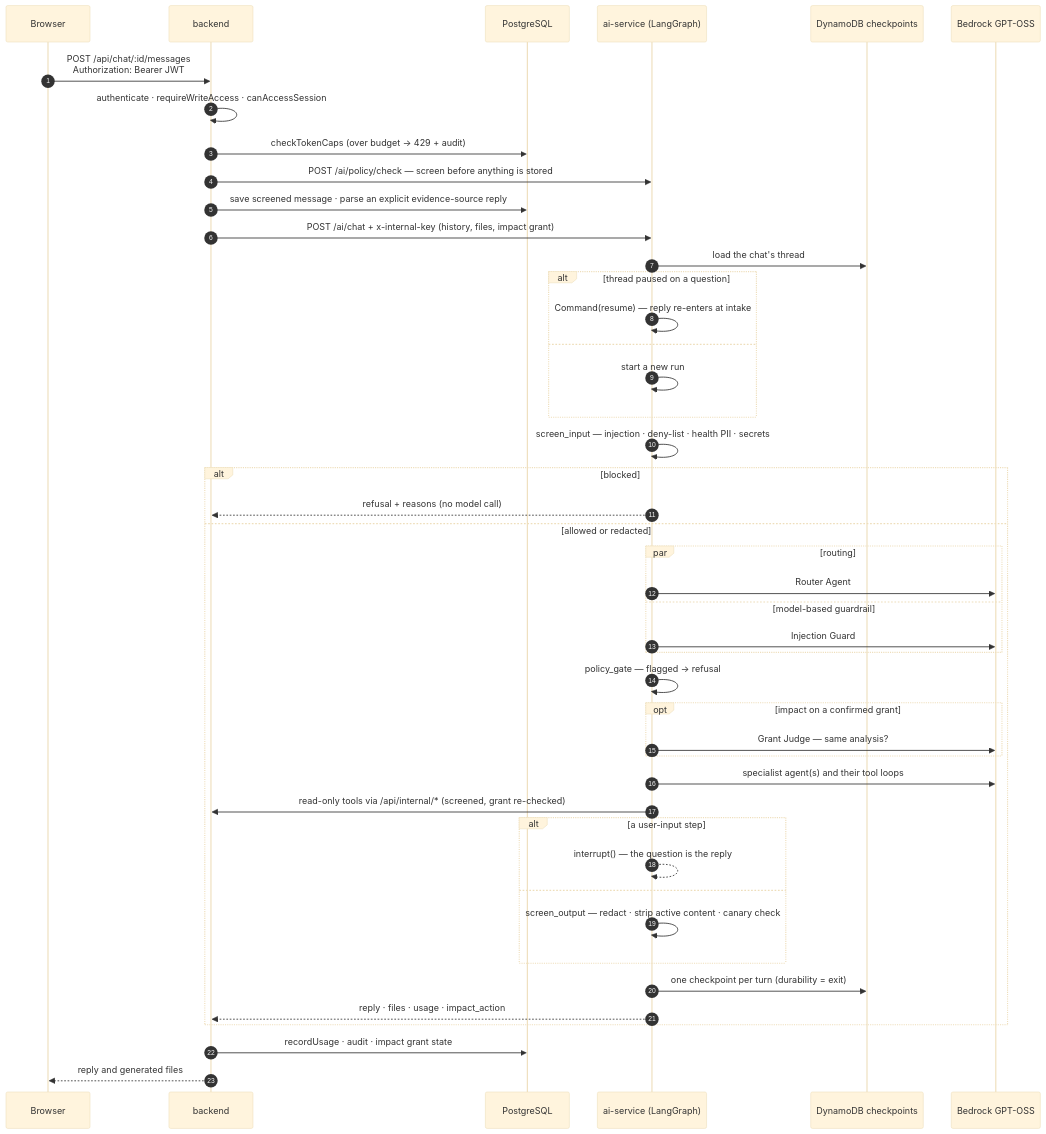
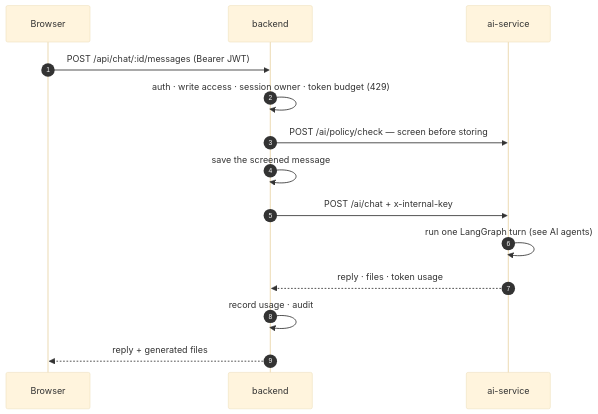
One commit to shankasf/small_migration changed the second of 9 diagrams in README.md. Above: the diagram before and after it, drawn with Mermaid (base theme). The commit also changed other lines of this file, not shown here.

First line of the commit message:
Replace README flowcharts with simpler ones and a complete LangGraph flow [skip ci]

````diff
--- a/README.md
+++ b/README.md
@@ -173,48 +132,16 @@
 ```mermaid
 sequenceDiagram
     autonumber
     participant U as Browser
     participant B as backend
-    participant D as PostgreSQL
-    participant A as ai-service (LangGraph)
-    participant K as DynamoDB checkpoints
-    participant M as Bedrock GPT-OSS
-
-    U->>B: POST /api/chat/:id/messages<br/>Authorization: Bearer JWT
-    B->>B: authenticate · requireWriteAccess · canAccessSession
-    B->>D: checkTokenCaps (over budget → 429 + audit)
-    B->>A: POST /ai/policy/check — screen before anything is stored
-    B->>D: save screened message · parse an explicit evidence-source reply
-    B->>A: POST /ai/chat + x-internal-key (history, files, impact grant)
-    A->>K: load the chat's thread
-    alt thread paused on a question
-        A->>A: Command(resume) — reply re-enters at intake
-    else
-        A->>A: start a new run
-    end
-    A->>A: screen_input — injection · deny-list · health PII · secrets
-    alt blocked
-        A-->>B: refusal + reasons (no model call)
-    else allowed or redacted
-        par routing
-            A->>M: Router Agent
-        and model-based guardrail
-            A->>M: Injection Guard
-        end
-        A->>A: policy_gate — flagged → refusal
-        opt impact on a confirmed grant
-            A->>M: Grant Judge — same analysis?
-        end
-        A->>M: specialist agent(s) and their tool loops
-        A->>B: read-only tools via /api/internal/* (screened, grant re-checked)
-        alt a user-input step
-            A-->>A: interrupt() — the question is the reply
-        else
-            A->>A: screen_output — redact · strip active content · canary check
-        end
-        A->>K: one checkpoint per turn (durability = exit)
-        A-->>B: reply · files · usage · impact_action
-    end
-    B->>D: recordUsage · audit · impact grant state
-    B-->>U: reply and generated files
+    participant A as ai-service
+    U->>B: POST /api/chat/:id/messages (Bearer JWT)
+    B->>B: auth · write access · session owner · token budget (429)
+    B->>A: POST /ai/policy/check — screen before storing
+    B->>B: save the screened message
+    B->>A: POST /ai/chat + x-internal-key
+    A->>A: run one LangGraph turn (see AI agents)
+    A-->>B: reply · files · token usage
+    B->>B: record usage · audit
+    B-->>U: reply + generated files
 ```
````
